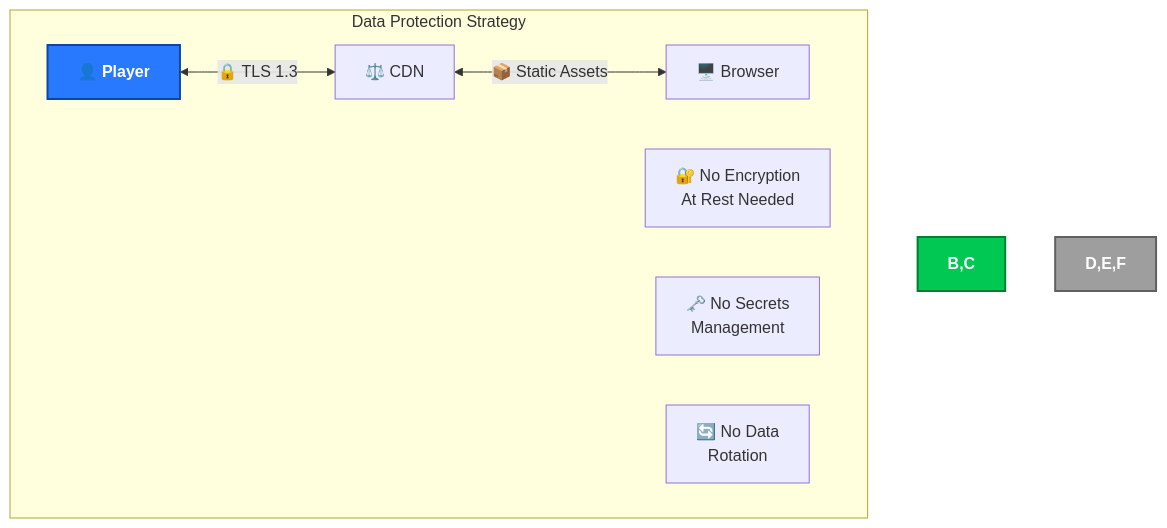
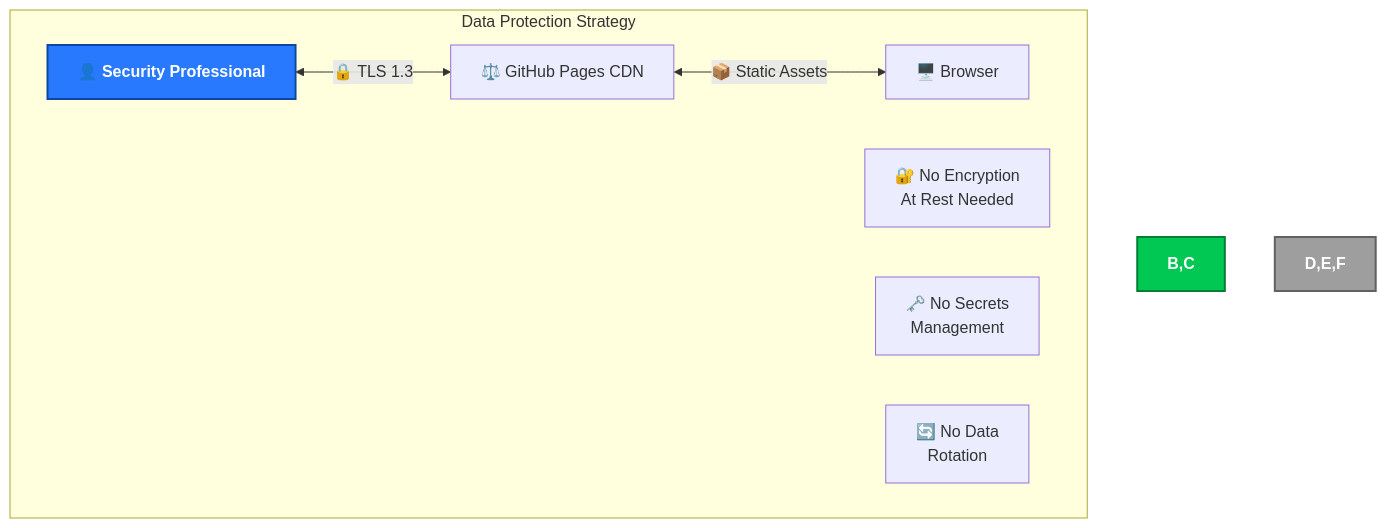
Before and after one commit to Hack23/cia-compliance-manager: the ninth of 29 diagrams in docs/architecture/SECURITY_ARCHITECTURE.md, drawn with Mermaid. The commit also changed other lines of this file and 3 other files, not shown here.

````diff
--- a/docs/architecture/SECURITY_ARCHITECTURE.md
+++ b/docs/architecture/SECURITY_ARCHITECTURE.md
@@ -404,15 +405,15 @@
 ```mermaid
 flowchart TD
     subgraph "Data Protection Strategy"
-        A[👤 Player] <-->|"🔒 TLS 1.3"| B[⚖️ CDN]
+        A[👤 Security Professional] <-->|"🔒 TLS 1.3"| B[⚖️ GitHub Pages CDN]
         B <-->|"📦 Static Assets"| C[🖥️ Browser]
 
         D[🔐 No Encryption<br/>At Rest Needed]
         E[🗝️ No Secrets<br/>Management]
         F[🔄 No Data<br/>Rotation]
     end
 
     style A fill:#2979FF,stroke:#0D47A1,stroke-width:2px,color:white,font-weight:bold
     style B,C fill:#00C853,stroke:#007E33,stroke-width:2px,color:white,font-weight:bold
     style D,E,F fill:#9E9E9E,stroke:#616161,stroke-width:2px,color:white,font-weight:bold
 ```
````
